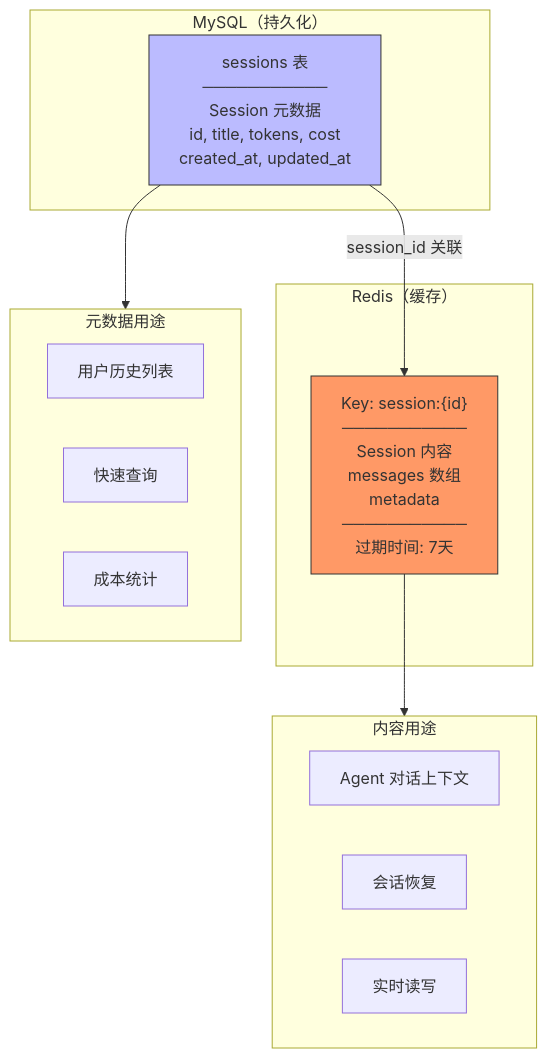
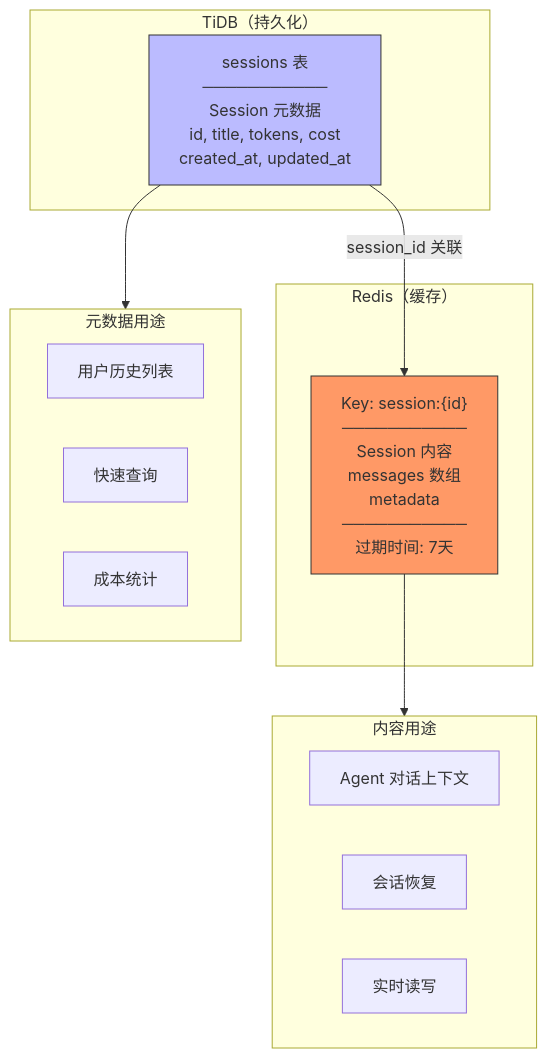
One commit to xiaocaipi/mm-doc changed diagram 27 of 27 in agent/agent_project_design_1.md. Above: the diagram before and after it, drawn with Mermaid. The commit also changed other lines of this file, not shown here.

````diff
--- a/agent/agent_project_design_1.md
+++ b/agent/agent_project_design_1.md
@@ -2047,29 +2047,29 @@
 ```mermaid
 graph TB
-    subgraph TIDB["MySQL（持久化）"]
+    subgraph TIDB["TiDB（持久化）"]
         M1["sessions 表<br/>───────────<br/>Session 元数据<br/>id, title, tokens, cost<br/>created_at, updated_at"]
     end
     
     subgraph REDIS["Redis（缓存）"]
         R1["Key: session:{id}<br/>───────────<br/>Session 内容<br/>messages 数组<br/>metadata<br/>───────────<br/>过期时间: 7天"]
     end
     
     subgraph USE1["元数据用途"]
         U1["用户历史列表"]
         U2["快速查询"]
         U3["成本统计"]
     end
     
     subgraph USE2["内容用途"]
         U4["Agent 对话上下文"]
         U5["会话恢复"]
         U6["实时读写"]
     end
     
     M1 -->|"session_id 关联"| R1
     M1 --> USE1
     R1 --> USE2
     
     style R1 fill:#f96,stroke:#333
     style M1 fill:#bbf,stroke:#333
 ```
````
